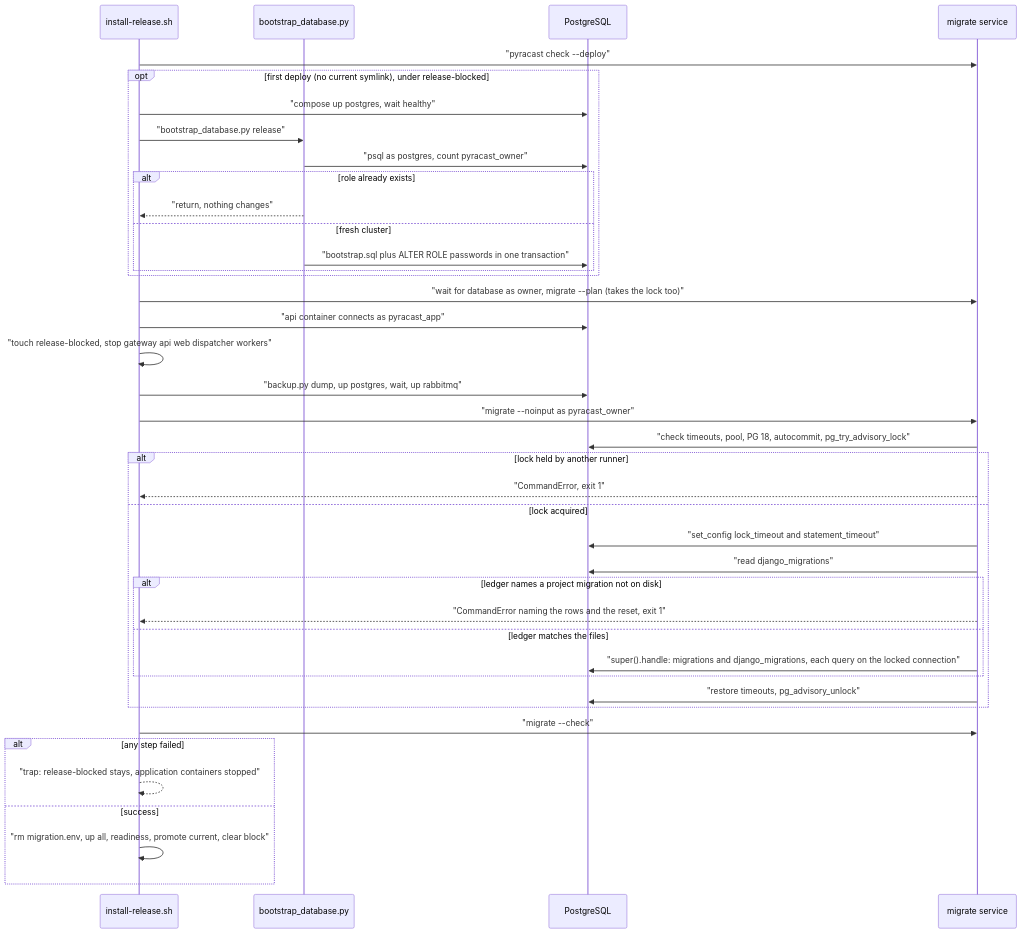
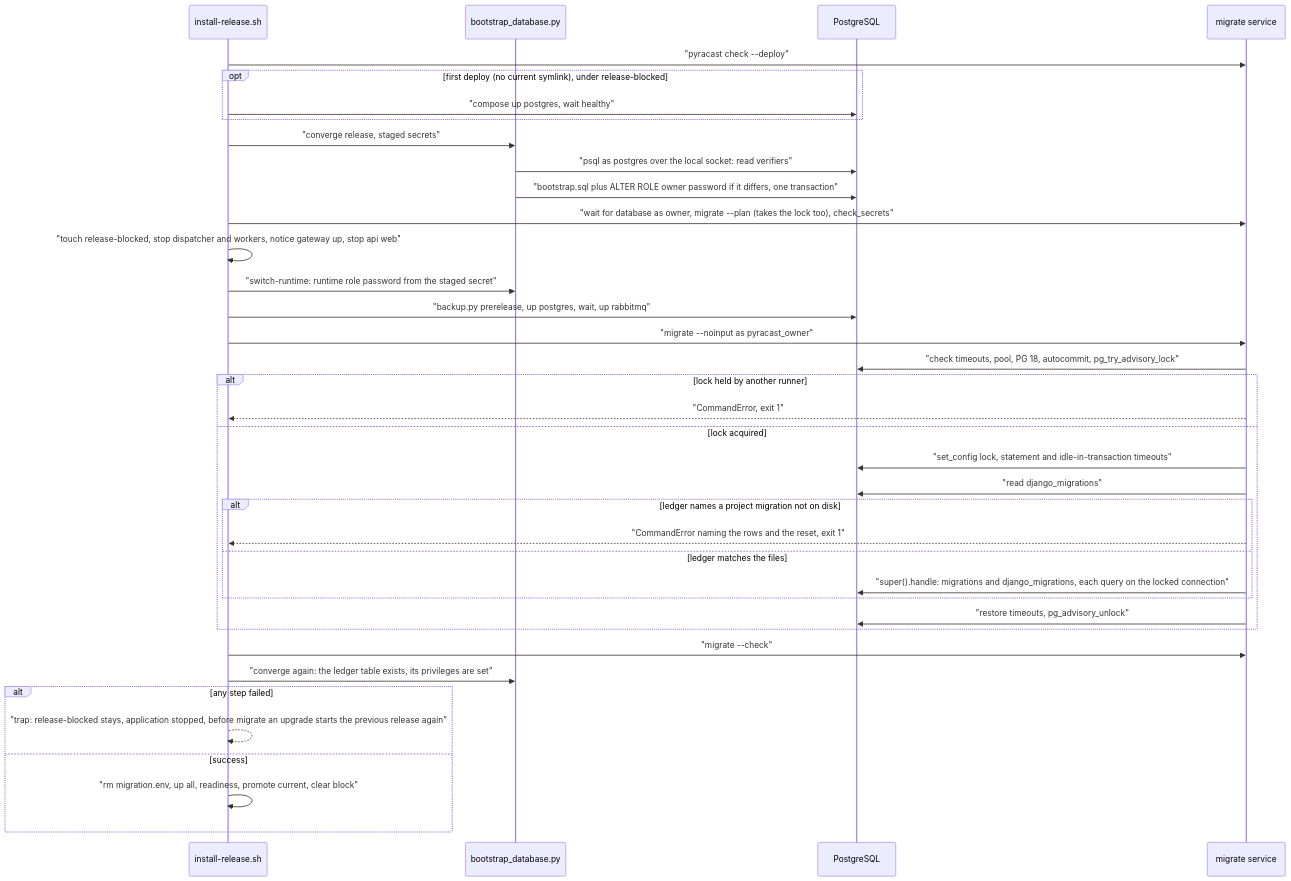
The diagram in docs/flows/database-migration.md (erkurtharun/pyracast), drawn with Mermaid before and after one commit. The commit also changed other lines of this file and 85 other files, not shown here.

First line of the commit message:
Bring the flow pages in line with the code (#107)

````diff
--- a/docs/flows/database-migration.md
+++ b/docs/flows/database-migration.md
@@ -14,42 +14,39 @@
 ```mermaid
 sequenceDiagram
     participant R as install-release.sh
     participant B as bootstrap_database.py
     participant PG as PostgreSQL
     participant M as migrate service
     R->>M: "pyracast check --deploy"
     opt first deploy (no current symlink), under release-blocked
         R->>PG: "compose up postgres, wait healthy"
-        R->>B: "bootstrap_database.py release"
-        B->>PG: "psql as postgres, count pyracast_owner"
-        alt role already exists
-            B-->>R: "return, nothing changes"
-        else fresh cluster
-            B->>PG: "bootstrap.sql plus ALTER ROLE passwords in one transaction"
-        end
     end
-    R->>M: "wait for database as owner, migrate --plan (takes the lock too)"
-    R->>PG: "api container connects as pyracast_app"
-    R->>R: "touch release-blocked, stop gateway api web dispatcher workers"
-    R->>PG: "backup.py dump, up postgres, wait, up rabbitmq"
+    R->>B: "converge release, staged secrets"
+    B->>PG: "psql as postgres over the local socket: read verifiers"
+    B->>PG: "bootstrap.sql plus ALTER ROLE owner password if it differs, one transaction"
+    R->>M: "wait for database as owner, migrate --plan (takes the lock too), check_secrets"
+    R->>R: "touch release-blocked, stop dispatcher and workers, notice gateway up, stop api web"
+    R->>B: "switch-runtime: runtime role password from the staged secret"
+    R->>PG: "backup.py prerelease, up postgres, wait, up rabbitmq"
     R->>M: "migrate --noinput as pyracast_owner"
     M->>PG: "check timeouts, pool, PG 18, autocommit, pg_try_advisory_lock"
     alt lock held by another runner
         M-->>R: "CommandError, exit 1"
     else lock acquired
-        M->>PG: "set_config lock_timeout and statement_timeout"
+        M->>PG: "set_config lock, statement and idle-in-transaction timeouts"
         M->>PG: "read django_migrations"
         alt ledger names a project migration not on disk
             M-->>R: "CommandError naming the rows and the reset, exit 1"
         else ledger matches the files
             M->>PG: "super().handle: migrations and django_migrations, each query on the locked connection"
         end
         M->>PG: "restore timeouts, pg_advisory_unlock"
     end
     R->>M: "migrate --check"
+    R->>B: "converge again: the ledger table exists, its privileges are set"
     alt any step failed
-        R-->>R: "trap: release-blocked stays, application containers stopped"
+        R-->>R: "trap: release-blocked stays, application stopped, before migrate an upgrade starts the previous release again"
     else success
         R->>R: "rm migration.env, up all, readiness, promote current, clear block"
     end
 ```
````
